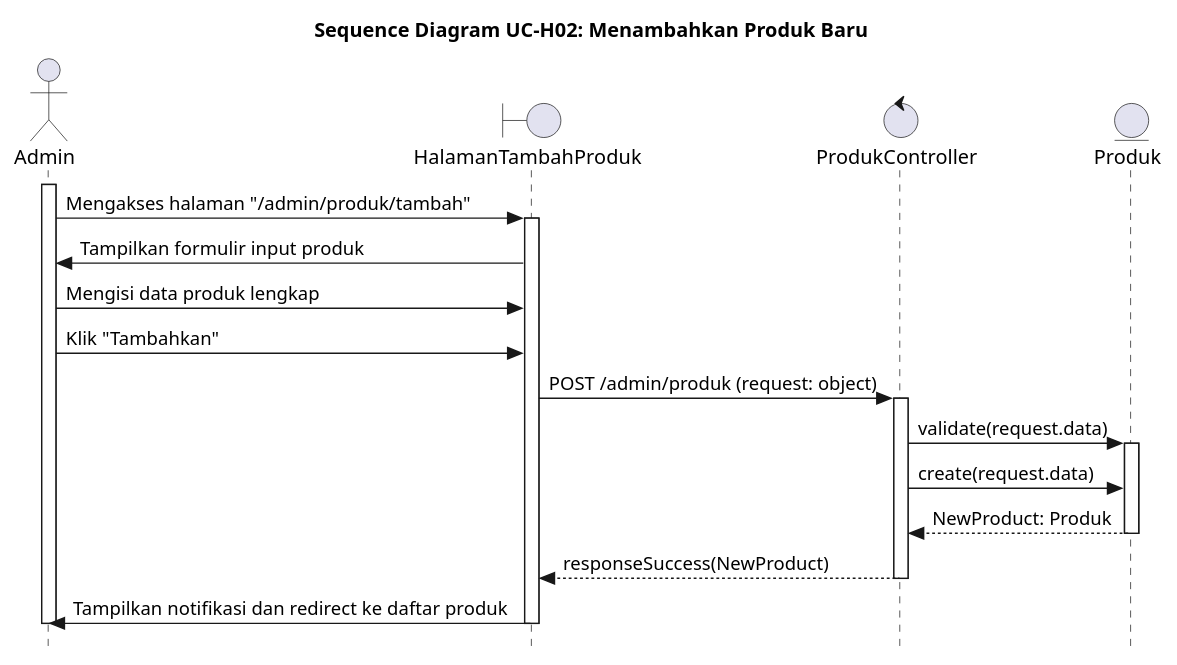
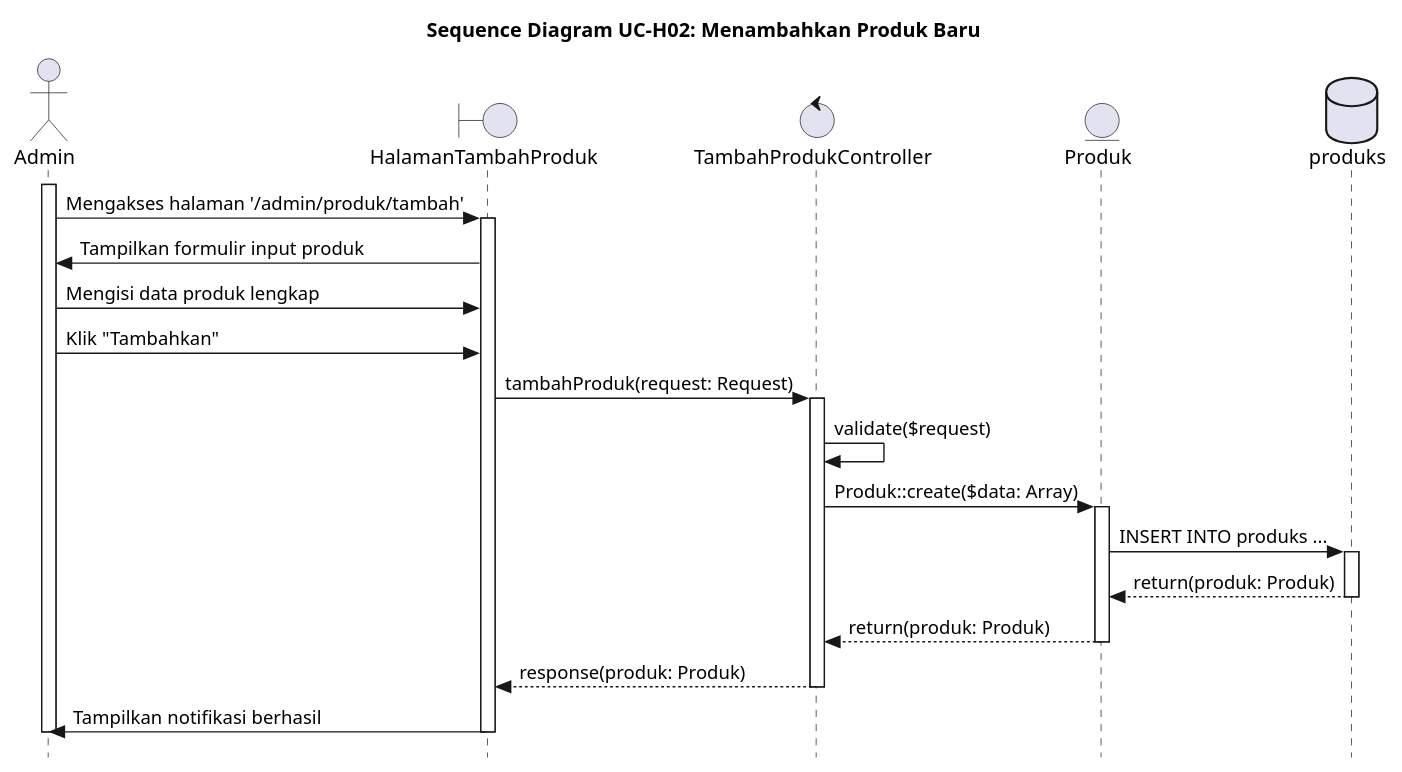
Before and after one commit to alfiahnurfa/RSI-PROYEK-AKHIR-SEQUENCE: the diagram in UC-H02.PUML, drawn with PlantUML. The commit also changed 15 other files, not shown here.

Commit message:
perbaikan seq diagram

```diff
--- a/UC-H02.PUML
+++ b/UC-H02.PUML
@@ -1,37 +1,44 @@
 @startuml SD-UC-H02_TambahProduk
 title Sequence Diagram UC-H02: Menambahkan Produk Baru
 skinparam style strictuml
 
 actor Admin
 boundary HalamanTambahProduk
-control ProdukController
+control TambahProdukController
 entity Produk
+database produks
 
 activate Admin
-Admin -> HalamanTambahProduk : Mengakses halaman "/admin/produk/tambah"
+
+Admin -> HalamanTambahProduk : Mengakses halaman '/admin/produk/tambah'
 activate HalamanTambahProduk
 
 HalamanTambahProduk -> Admin : Tampilkan formulir input produk
-
 Admin -> HalamanTambahProduk : Mengisi data produk lengkap
-
 Admin -> HalamanTambahProduk : Klik "Tambahkan"
 
-HalamanTambahProduk -> ProdukController : POST /admin/produk (request: object)
-activate ProdukController
+HalamanTambahProduk -> TambahProdukController : tambahProduk(request: Request)
+activate TambahProdukController
 
-ProdukController -> Produk : validate(request.data)
+TambahProdukController -> TambahProdukController : validate($request)
+
+TambahProdukController -> Produk : Produk::create($data: Array)
 activate Produk
 
-ProdukController -> Produk : create(request.data)
-Produk --> ProdukController : NewProduct: Produk
+Produk -> produks : INSERT INTO produks ...
+activate produks
+
+produks --> Produk : return(produk: Produk)
+deactivate produks
+
+Produk --> TambahProdukController : return(produk: Produk)
 deactivate Produk
 
-ProdukController --> HalamanTambahProduk : responseSuccess(NewProduct)
-deactivate ProdukController
+TambahProdukController --> HalamanTambahProduk : response(produk: Produk)
+deactivate TambahProdukController
 
-HalamanTambahProduk -> Admin : Tampilkan notifikasi dan redirect ke daftar produk
+HalamanTambahProduk -> Admin : Tampilkan notifikasi berhasil
 deactivate HalamanTambahProduk
 deactivate Admin
 
 @enduml
```
